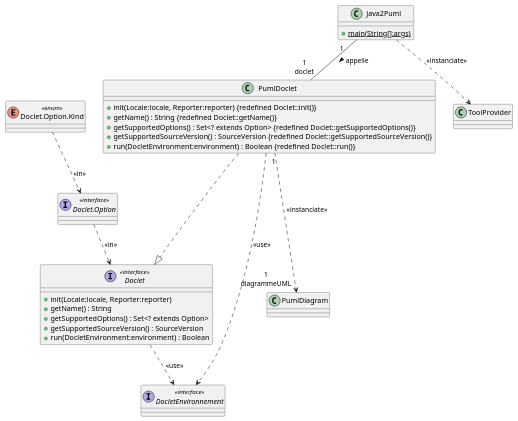
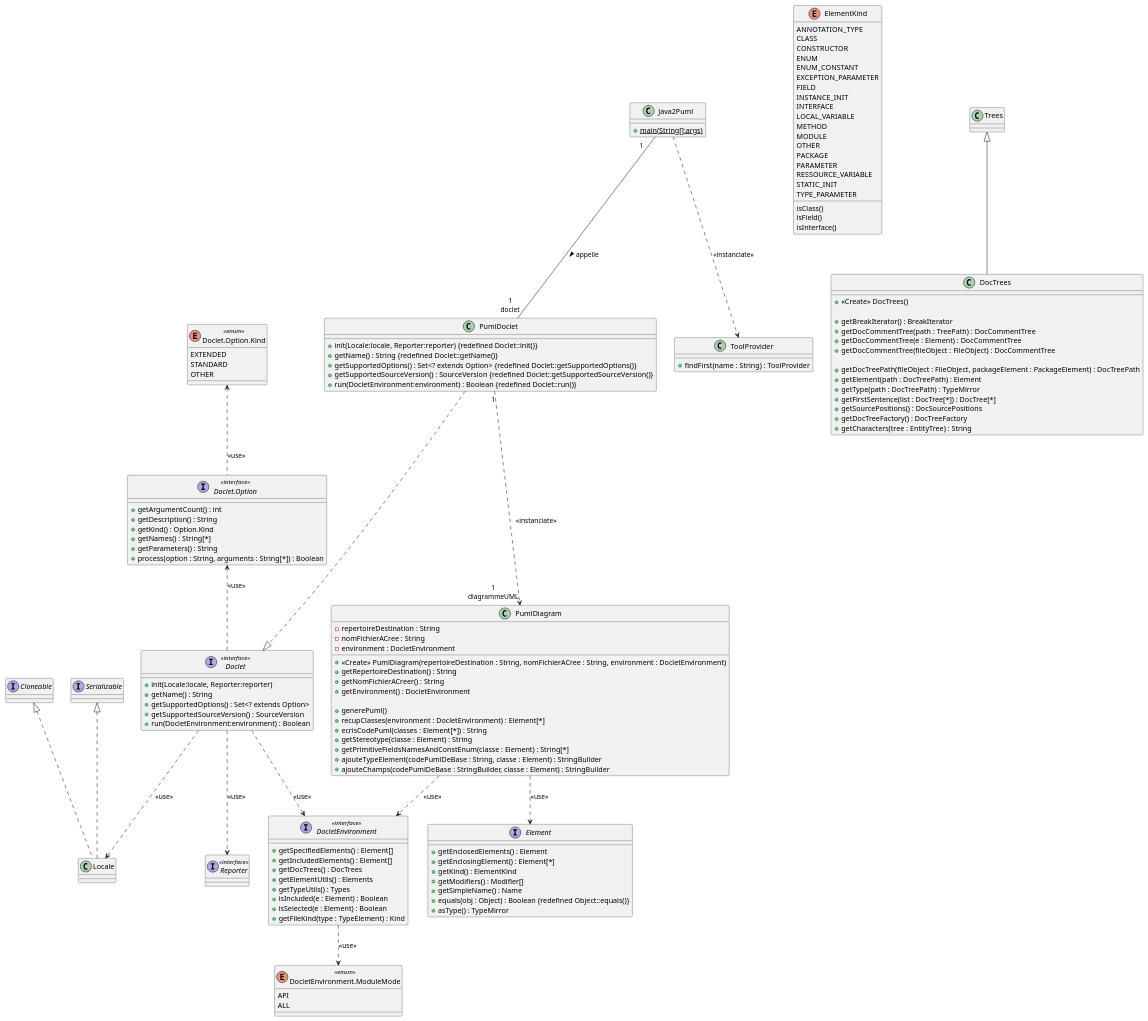
The diagram in uml/Doclet_DCC.puml (karimelkaid/PumlFromJava), drawn with PlantUML before and after one commit. The commit also changed 21 other files, not shown here.

Commit message:
Fin du code semaine 3 (question à poser au prof dans Java2puml dernière ligne)

```diff
--- a/uml/Doclet_DCC.puml
+++ b/uml/Doclet_DCC.puml
@@ -1,48 +1,160 @@
 @startuml
 'https://plantuml.com/class-diagram
 
 class PumlDoclet
 {
     + init(Locale:locale, Reporter:reporter) {redefined Doclet::init()}
     + getName() : String {redefined Doclet::getName()}
     + getSupportedOptions() : Set<? extends Option> {redefined Doclet::getSupportedOptions()}
     + getSupportedSourceVersion() : SourceVersion {redefined Doclet::getSupportedSourceVersion()}
     + run(DocletEnvironment:environment) : Boolean {redefined Doclet::run()}
 }
 class ToolProvider
+{
+    + findFirst(name : String) : ToolProvider
+}
 
 
 class Java2Puml
 {
     + {static} main(String[]:args)
 }
 
 class PumlDiagram
+{
+    - repertoireDestination : String
+    - nomFichierACree : String
+    - environment : DocletEnvironment
+
+    + <<Create>> PumlDiagram(repertoireDestination : String, nomFichierACree : String, environment : DocletEnvironment)
+    + getRepertoireDestination() : String
+    + getNomFichierACreer() : String
+    + getEnvironment() : DocletEnvironment
+
+    + generePuml()
+    + recupClasses(environment : DocletEnvironment) : Element[*]
+    + ecrisCodePuml(classes : Element[*]) : String
+    + getStereotype(classe : Element) : String
+    + getPrimitiveFieldsNamesAndConstEnum(classe : Element) : String[*]
+    + ajouteTypeElement(codePumlDeBase : String, classe : Element) : StringBuilder
+    + ajouteChamps(codePumlDeBase : StringBuilder, classe : Element) : StringBuilder
+
+}
 
 interface Doclet <<interface>>
 {
     + init(Locale:locale, Reporter:reporter)
     + getName() : String
     + getSupportedOptions() : Set<? extends Option>
     + getSupportedSourceVersion() : SourceVersion
     + run(DocletEnvironment:environment) : Boolean
 }
 interface "Doclet.Option" as docletOption <<interface>>
+{
+    + getArgumentCount() : int
+    + getDescription() : String
+    + getKind() : Option.Kind
+    + getNames() : String[*]
+    + getParameters() : String
+    + process(option : String, arguments : String[*]) : Boolean
+}
+
 enum "Doclet.Option.Kind" as docletOptionKind <<enum>>
+{
+    EXTENDED
+    STANDARD
+    OTHER
+}
 
-interface DocletEnvironnement <<interface>>
+interface DocletEnvironment <<interface>>
+{
+    + getSpecifiedElements() : Element[]
+    + getIncludedElements() : Element[]
+    + getDocTrees() : DocTrees
+    + getElementUtils() : Elements
+    + getTypeUtils() : Types
+    + isIncluded(e : Element) : Boolean
+    + isSelected(e : Element) : Boolean
+    + getFileKind(type : TypeElement) : Kind
+}
+enum "DocletEnvironment.ModuleMode" as ModuleMode <<enum>>
+{
+    API
+    ALL
+}
+DocletEnvironment ..> ModuleMode : <<use>>
+
+interface Element
+{
+    + getEnclosedElements() : Element
+    + getEnclosingElement() : Element[*]
+    + getKind() : ElementKind
+    + getModifiers() : Modifier[]
+    + getSimpleName() : Name
+    + equals(obj : Object) : Boolean {redefined Object::equals()}
+    + asType() : TypeMirror
+}
+
+class Locale implements Cloneable, Serializable
+interface Reporter <<interface>>
+Doclet ..> Locale : <<use>>
+Doclet ..> Reporter : <<use>>
+
 
 Java2Puml ..> ToolProvider : <<instanciate>>
 
-PumlDoclet ..> DocletEnvironnement : <<use>>
-Doclet ..> DocletEnvironnement : <<use>>
-docletOption ..> Doclet : <<in>>
-docletOptionKind ..> docletOption : <<in>>
+PumlDiagram ..> DocletEnvironment : <<use>>
+Doclet ..> DocletEnvironment : <<use>>
+docletOption <.. Doclet : <<use>>
+docletOptionKind <.. docletOption : <<use>>
 
 PumlDoclet ...|> Doclet
 Java2Puml " 1\t" -- "1\ndoclet" PumlDoclet : appelle >
 PumlDoclet  " 1" ...> "1\ndiagrammeUML" PumlDiagram : <<instanciate>>
+PumlDiagram ..> Element : <<use>>
 
 
+enum ElementKind
+{
+    ANNOTATION_TYPE
+    CLASS
+    CONSTRUCTOR
+    ENUM
+    ENUM_CONSTANT
+    EXCEPTION_PARAMETER
+    FIELD
+    INSTANCE_INIT
+    INTERFACE
+    LOCAL_VARIABLE
+    METHOD
+    MODULE
+    OTHER
+    PACKAGE
+    PARAMETER
+    RESSOURCE_VARIABLE
+    STATIC_INIT
+    TYPE_PARAMETER
+    isClass()
+    isField()
+    isInterface()
+}
+
+class DocTrees extends Trees
+{
+    + <<Create>> DocTrees()
+
+    + getBreakIterator() : BreakIterator
+    + getDocCommentTree(path : TreePath) : DocCommentTree
+    + getDocCommentTree(e : Element) : DocCommentTree
+    + getDocCommentTree(fileObject : FileObject) : DocCommentTree
+
+    + getDocTreePath(fileObject : FileObject, packageElement : PackageElement) : DocTreePath
+    + getElement(path : DocTreePath) : Element
+    + getType(path : DocTreePath) : TypeMirror
+    + getFirstSentence(list : DocTree[*]) : DocTree[*]
+    + getSourcePositions() : DocSourcePositions
+    + getDocTreeFactory() : DocTreeFactory
+    + getCharacters(tree : EntityTree) : String
+}
 
 @enduml
```
